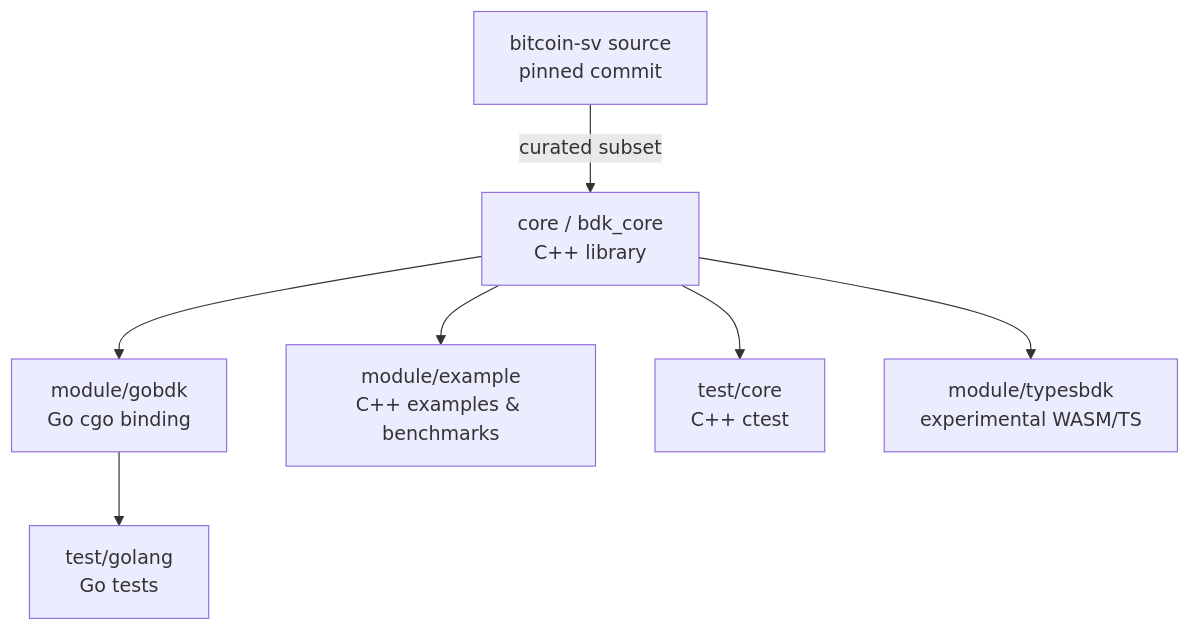
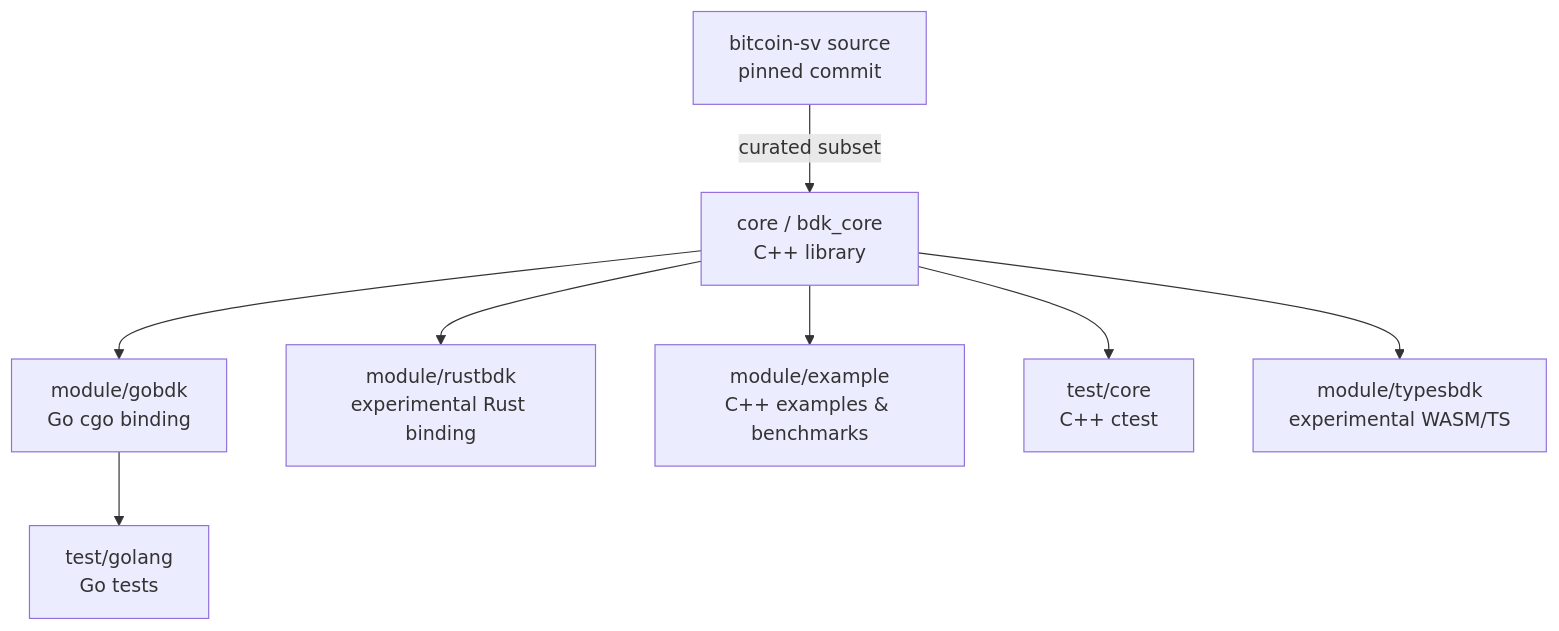
One commit to bitcoin-sv/bdk changed the diagram in documentation/docs/architecture.md. Above: the diagram before and after it, drawn with Mermaid. The commit also changed other lines of this file and 16 other files, not shown here.

````diff
--- a/documentation/docs/architecture.md
+++ b/documentation/docs/architecture.md
@@ -10,9 +10,10 @@
 ```mermaid
 graph TD
     BSV[bitcoin-sv source<br/>pinned commit] -->|curated subset| CORE
     CORE[core / bdk_core<br/>C++ library] --> GO[module/gobdk<br/>Go cgo binding]
+    CORE --> RUST[module/rustbdk<br/>experimental Rust binding]
     CORE --> EX[module/example<br/>C++ examples & benchmarks]
     CORE --> TESTS[test/core<br/>C++ ctest]
     GO --> GOTESTS[test/golang<br/>Go tests]
     CORE --> WASM[module/typesbdk<br/>experimental WASM/TS]
 ```
````
